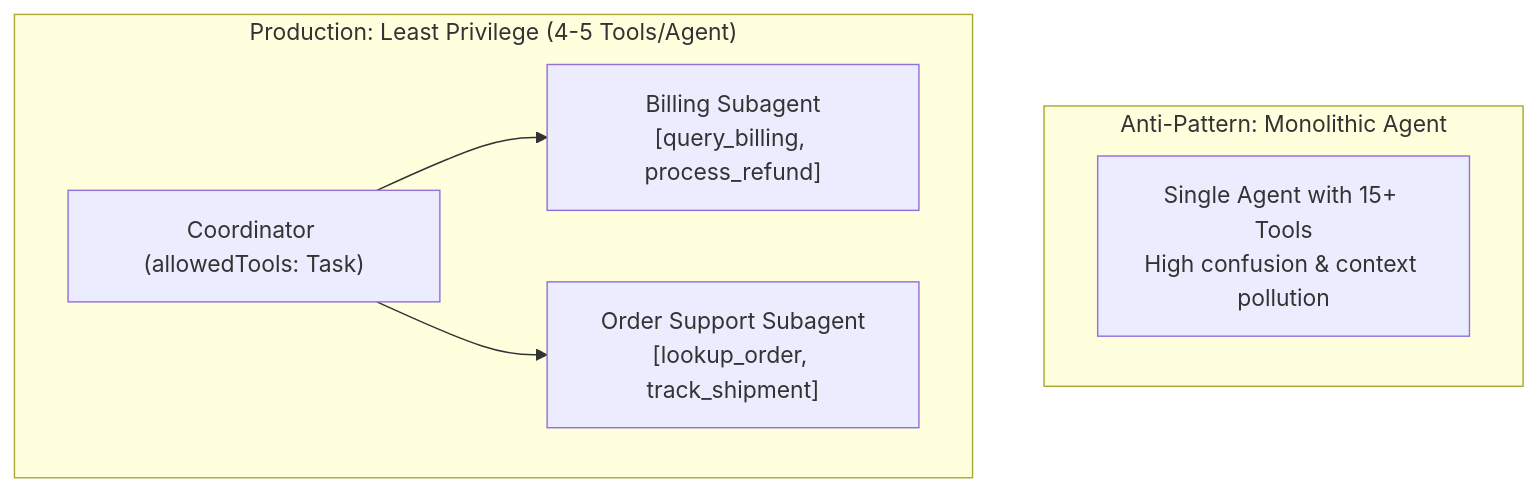
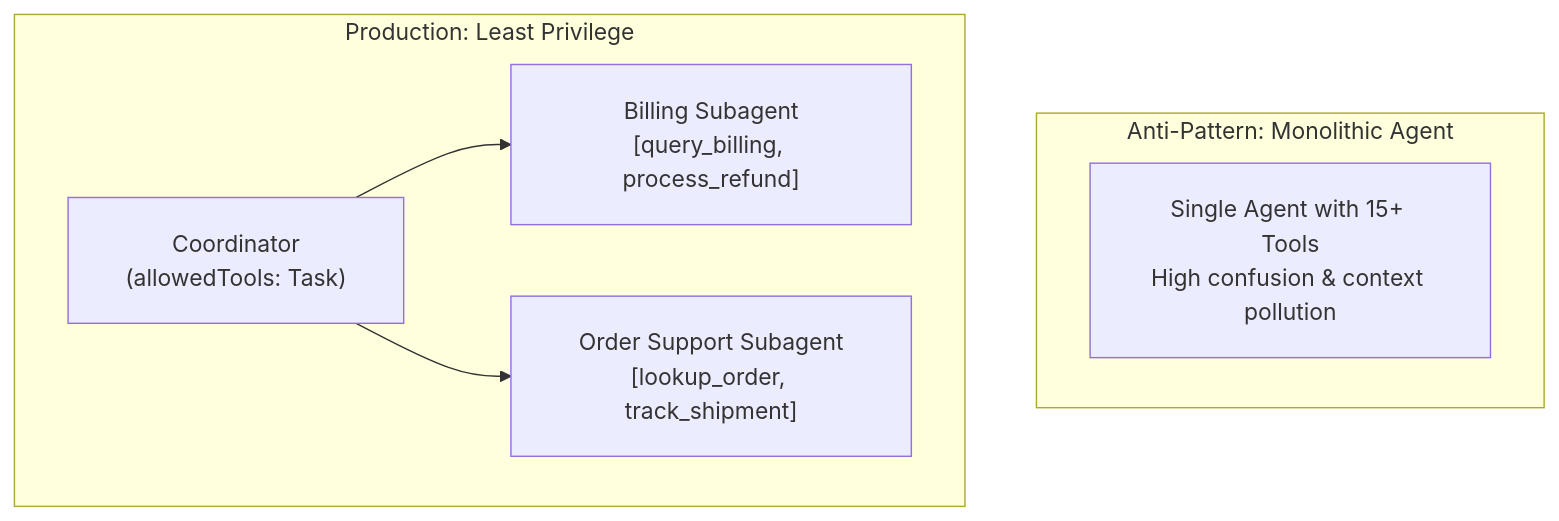
The third of 5 diagrams in domain2/KEY_CONCEPTS.md (dip4k/claude_cert_architect_foundation_prep), drawn with Mermaid before and after one commit. The commit also changed other lines of this file and 31 other files, not shown here.

First line of the commit message:
docs(diagrams): fix text trimming, padding, and layout in all mermaid diagrams

````diff
--- a/domain2/KEY_CONCEPTS.md
+++ b/domain2/KEY_CONCEPTS.md
@@ -128,12 +130,13 @@
 ```mermaid
+%%{init: {"flowchart": {"htmlLabels": true, "padding": 20}}}%%
 flowchart TD
     subgraph AntiPattern["Anti-Pattern: Monolithic Agent"]
         Mono["Single Agent with 15+ Tools<br/>High confusion & context pollution"]
     end
 
-    subgraph BestPractice["Production: Least Privilege (4-5 Tools/Agent)"]
-        Coord["Coordinator (allowedTools: Task)"]
+    subgraph BestPractice["Production: Least Privilege"]
+        Coord["Coordinator<br/>(allowedTools: Task)"]
         Coord --> Sub1["Billing Subagent<br/>[query_billing, process_refund]"]
         Coord --> Sub2["Order Support Subagent<br/>[lookup_order, track_shipment]"]
     end
 ```
````
